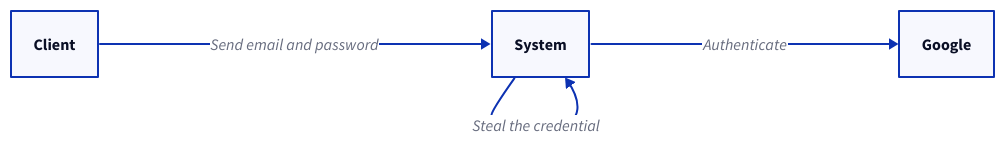
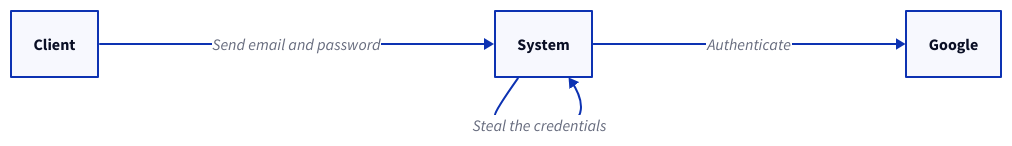
Before and after one commit to link1905/system-design-101: the ninth of 26 diagrams in content/system-administration/system-protection/iam.md, drawn with D2. The commit also changed other lines of this file and 42 other files, not shown here.

````diff
--- a/content/system-administration/system-protection/iam.md
+++ b/content/system-administration/system-protection/iam.md
@@ -387,18 +388,18 @@
 ```d2
 direction: right
 s: System {
     class: server
 }
 i: Google {
     class: google
 }
 c: Client {
     class: client
 }
 
 c -> s: "Send email and password"
-s -> s: "Steal the credential" {
+s -> s: "Steal the credentials" {
   class: error-conn
 }
 s -> i: "Authenticate"
 ```
````
